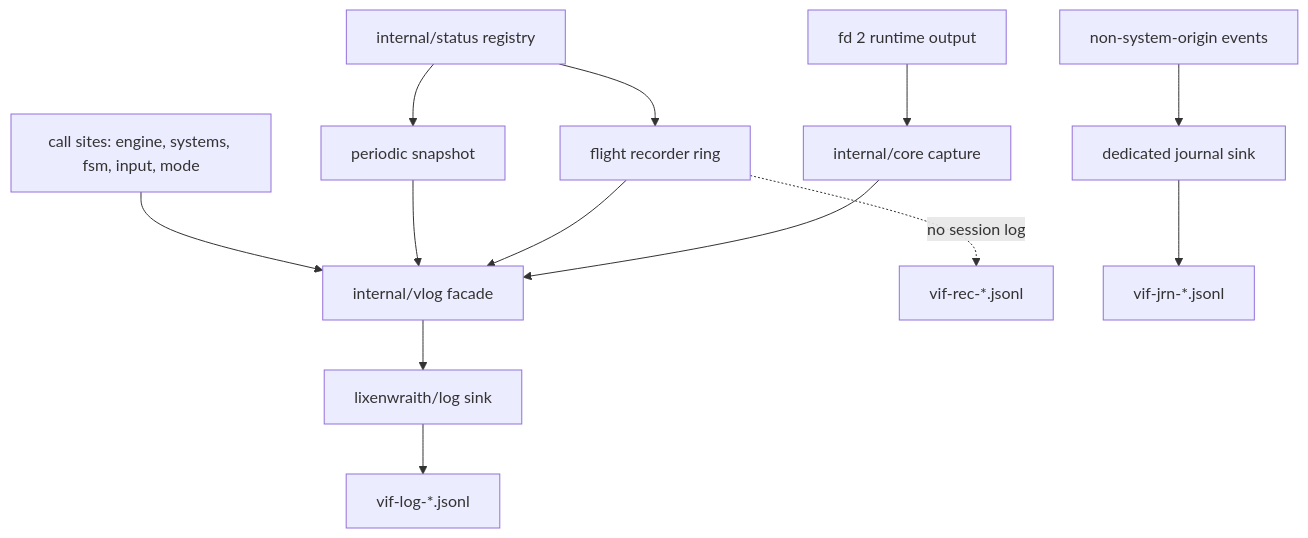
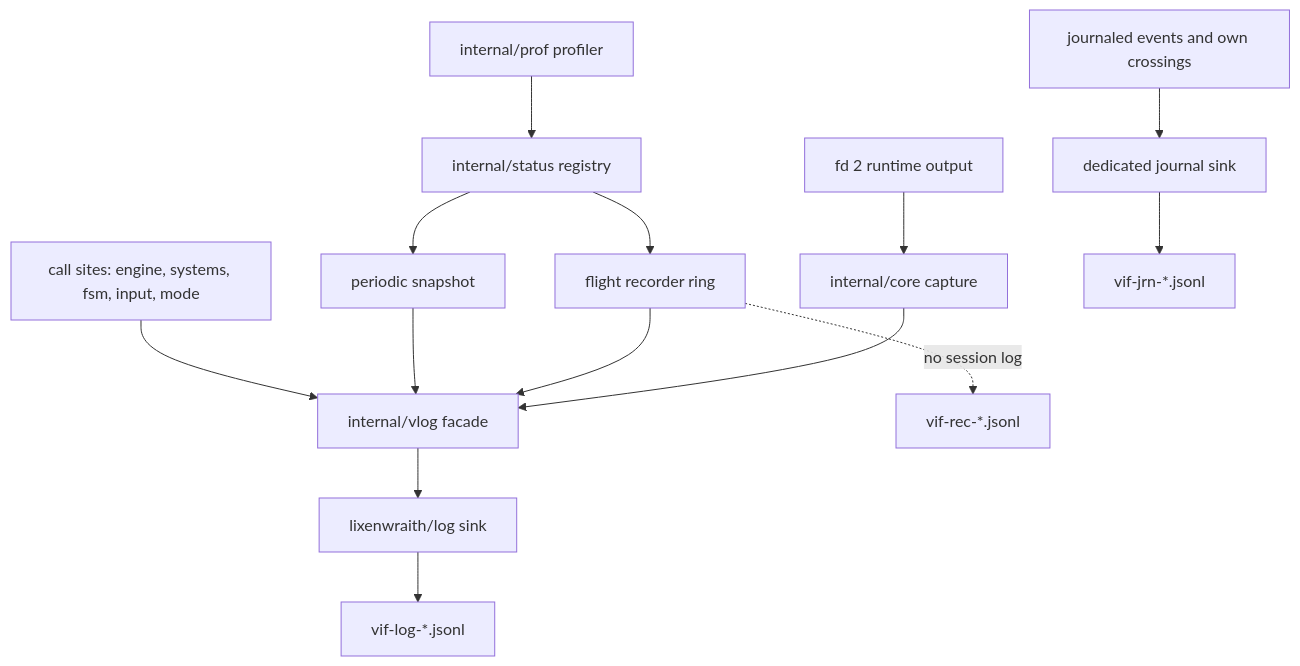
One commit to lixenwraith/vif changed the diagram in doc/logging-and-diagnostics.md. Above: the diagram before and after it, drawn with Mermaid. The commit also changed other lines of this file and 4 other files, not shown here.

````diff
--- a/doc/logging-and-diagnostics.md
+++ b/doc/logging-and-diagnostics.md
@@ -16,15 +16,16 @@
 ```mermaid
 flowchart TD
     Call["call sites: engine, systems, fsm, input, mode"] --> Vlog["internal/vlog facade"]
     Status["internal/status registry"] --> Snapshot["periodic snapshot"]
     Status --> Recorder["flight recorder ring"]
     Snapshot --> Vlog
     Recorder --> Vlog
     Stderr["fd 2 runtime output"] --> Capture["internal/core capture"]
     Capture --> Vlog
+    Prof["internal/prof profiler"] --> Status
     Vlog --> Sink["lixenwraith/log sink"]
     Sink --> File["vif-log-*.jsonl"]
     Recorder -.no session log.-> Side["vif-rec-*.jsonl"]
-    Journal["non-system-origin events"] --> JSink["dedicated journal sink"]
+    Journal["journaled events and own crossings"] --> JSink["dedicated journal sink"]
     JSink --> JFile["vif-jrn-*.jsonl"]
 ```
````
